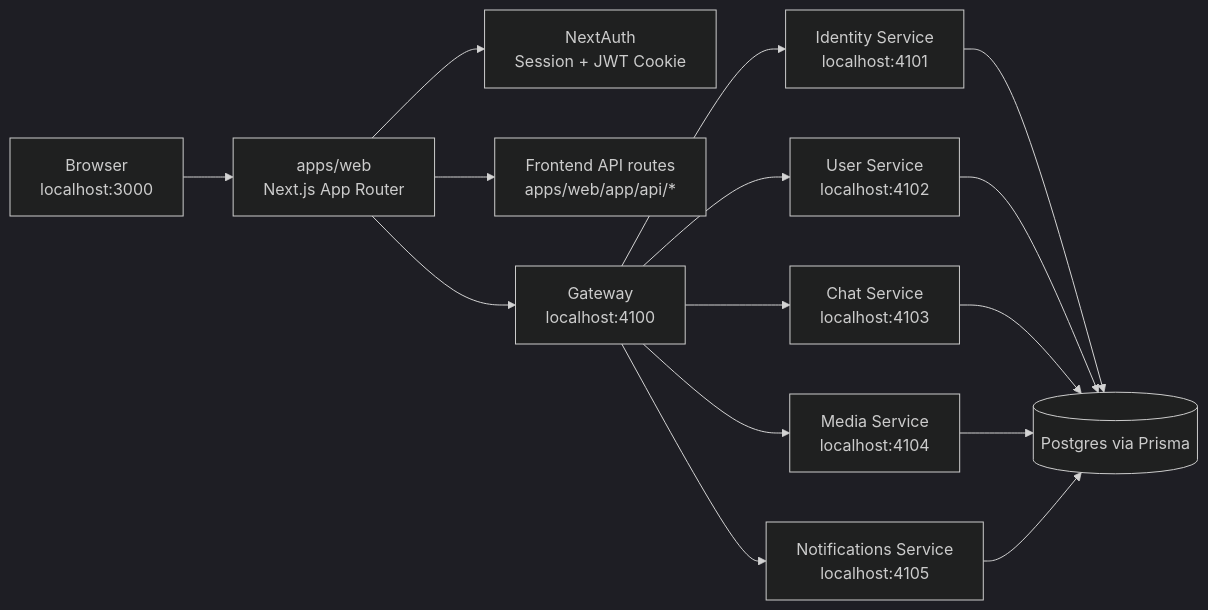
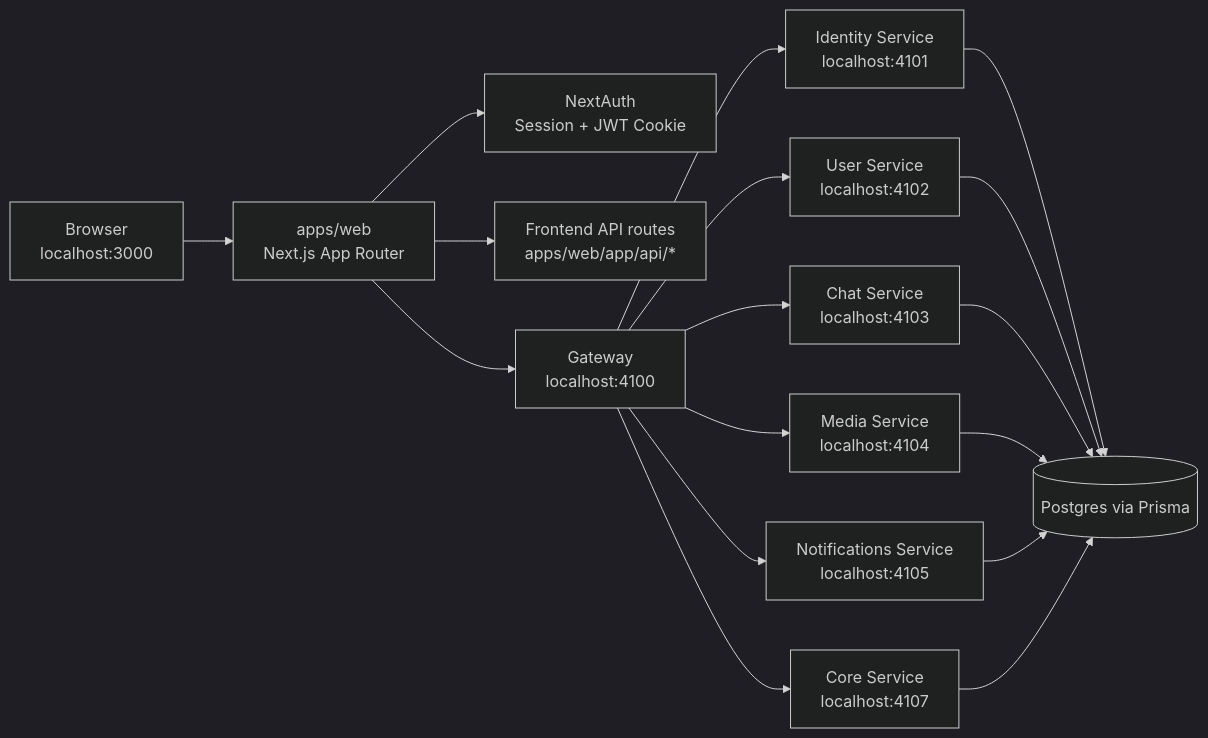
The first of 3 diagrams in docs/PROJECT_ARCHITECTURE_AND_WORKFLOWS.md (Sam231221/Yome), drawn with Mermaid (dark theme) before and after one commit. The commit also changed 4 other files, not shown here.

````diff
--- a/docs/PROJECT_ARCHITECTURE_AND_WORKFLOWS.md
+++ b/docs/PROJECT_ARCHITECTURE_AND_WORKFLOWS.md
@@ -47,19 +47,21 @@
 ```mermaid
 flowchart LR
     A[Browser<br/>localhost:3000] --> B[apps/web<br/>Next.js App Router]
     B --> C[NextAuth<br/>Session + JWT Cookie]
     B --> D[Frontend API routes<br/>apps/web/app/api/*]
     B --> E[Gateway<br/>localhost:4100]
 
     E --> F[Identity Service<br/>localhost:4101]
     E --> G[User Service<br/>localhost:4102]
     E --> H[Chat Service<br/>localhost:4103]
     E --> I[Media Service<br/>localhost:4104]
     E --> J[Notifications Service<br/>localhost:4105]
+    E --> N[Core Service<br/>localhost:4107]
 
     F --> K[(Postgres via Prisma)]
     G --> K
     H --> K
     I --> K
     J --> K
+    N --> K
 ```
````
